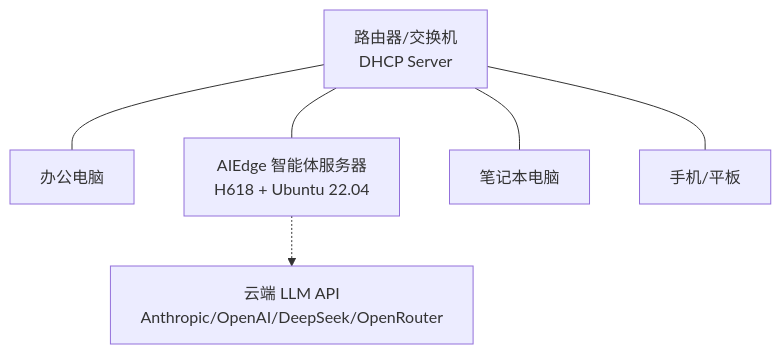
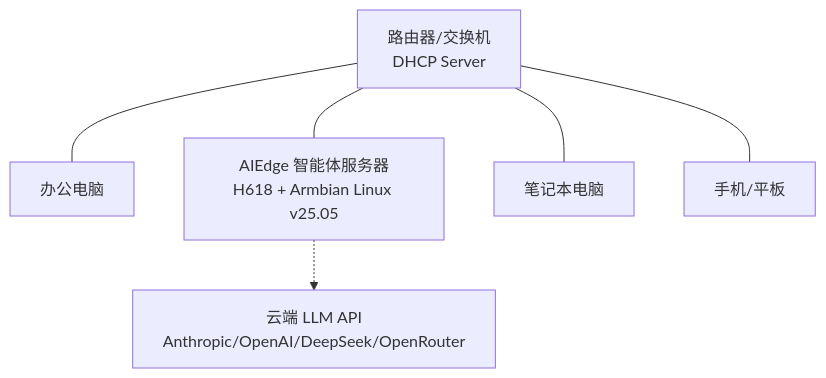
One commit to IntronBio/wiki changed the diagram in docs/quickstart/lan-start.md. Above: the diagram before and after it, drawn with Mermaid. The commit also changed other lines of this file and 27 other files, not shown here.

````diff
--- a/docs/quickstart/lan-start.md
+++ b/docs/quickstart/lan-start.md
@@ -16,8 +16,8 @@
 ```mermaid
 graph TD
     R[路由器/交换机<br/>DHCP Server] --- PC[办公电脑]
-    R --- AE[AIEdge 智能体服务器<br/>H618 + Ubuntu 22.04]
+    R --- AE[AIEdge 智能体服务器<br/>H618 + Armbian Linux v25.05]
     R --- L[笔记本电脑]
     R --- M[手机/平板]
     AE -.-> API[云端 LLM API<br/>Anthropic/OpenAI/DeepSeek/OpenRouter]
 ```
````
